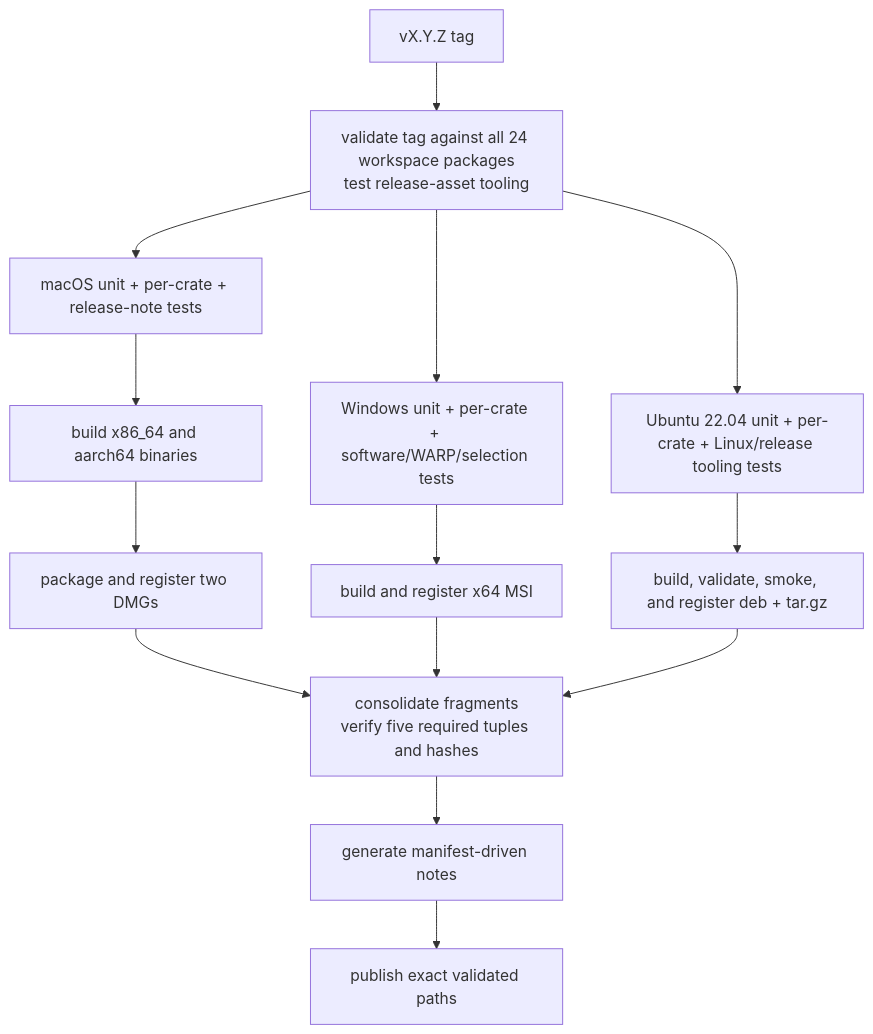
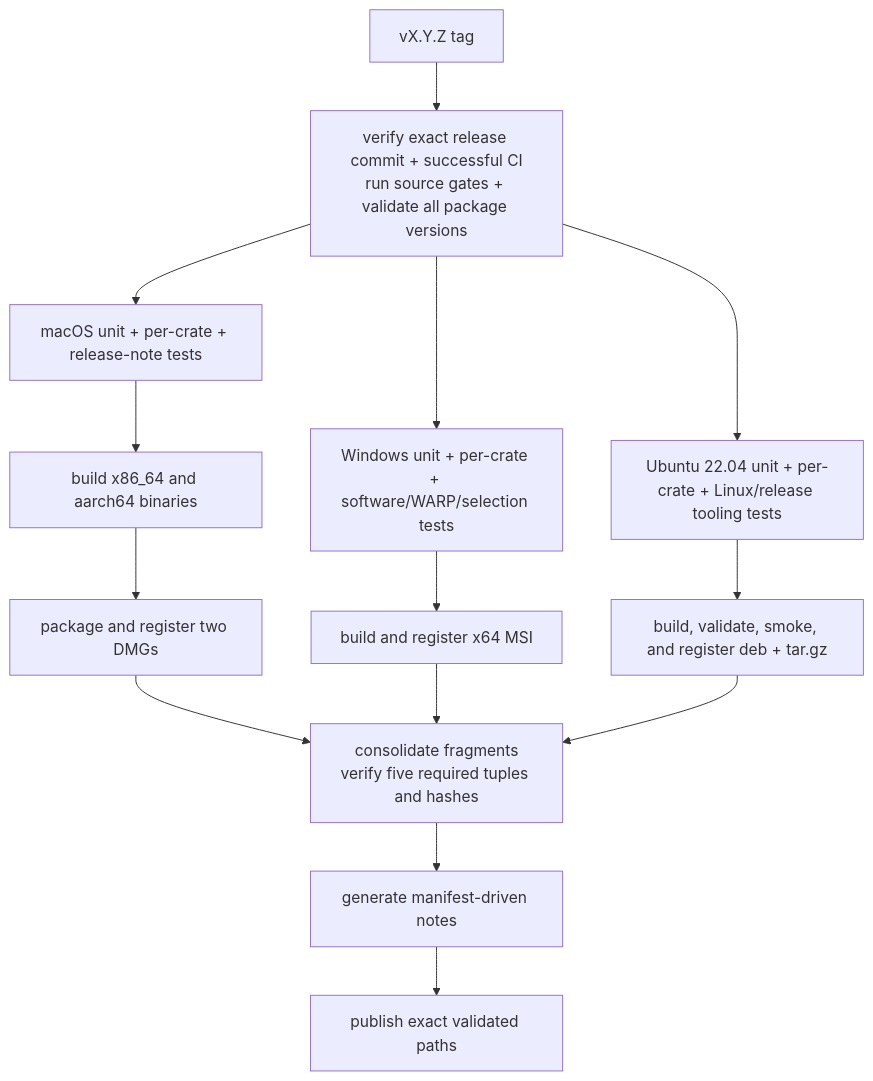
Before and after one commit to D0n9X1n/SonicTerm: the first of 2 diagrams in wiki/Development-and-Release.md, drawn with Mermaid. The commit also changed other lines of this file and 7 other files, not shown here.

````diff
--- a/wiki/Development-and-Release.md
+++ b/wiki/Development-and-Release.md
@@ -233,27 +248,27 @@
 ```mermaid
 flowchart TD
     tag["vX.Y.Z tag"]
-    validate["validate tag against all 24 workspace packages<br/>test release-asset tooling"]
+    validate["verify exact release commit + successful CI<br/>run source gates + validate all package versions"]
     mtest["macOS unit + per-crate + release-note tests"]
     wtest["Windows unit + per-crate + software/WARP/selection tests"]
     ltest["Ubuntu 22.04 unit + per-crate + Linux/release tooling tests"]
     macbuild["build x86_64 and aarch64 binaries"]
     dmg["package and register two DMGs"]
     msi["build and register x64 MSI"]
     linux["build, validate, smoke, and register deb + tar.gz"]
     manifest["consolidate fragments<br/>verify five required tuples and hashes"]
     notes["generate manifest-driven notes"]
     publish["publish exact validated paths"]
 
     tag --> validate
     validate --> mtest
     validate --> wtest
     validate --> ltest
     mtest --> macbuild --> dmg
     wtest --> msi
     ltest --> linux
     dmg --> manifest
     msi --> manifest
     linux --> manifest
     manifest --> notes --> publish
 ```
````
